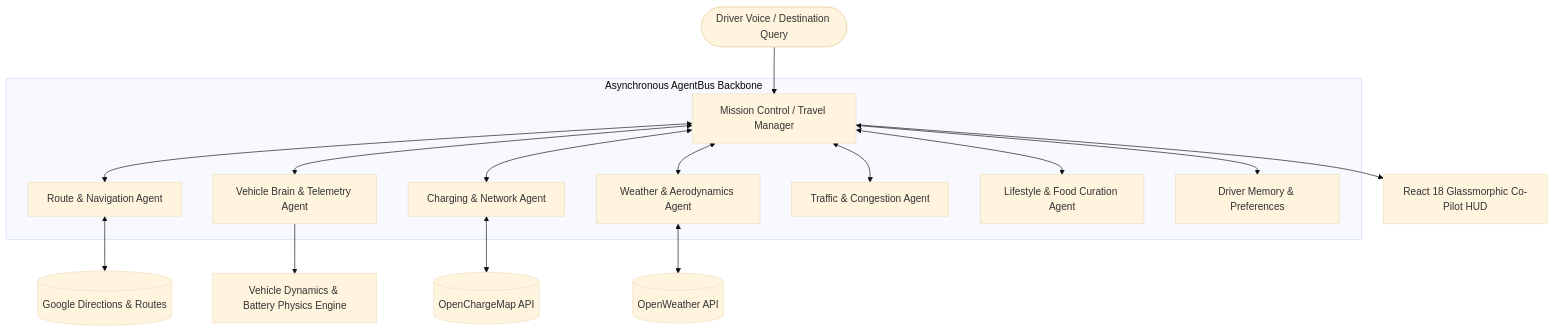
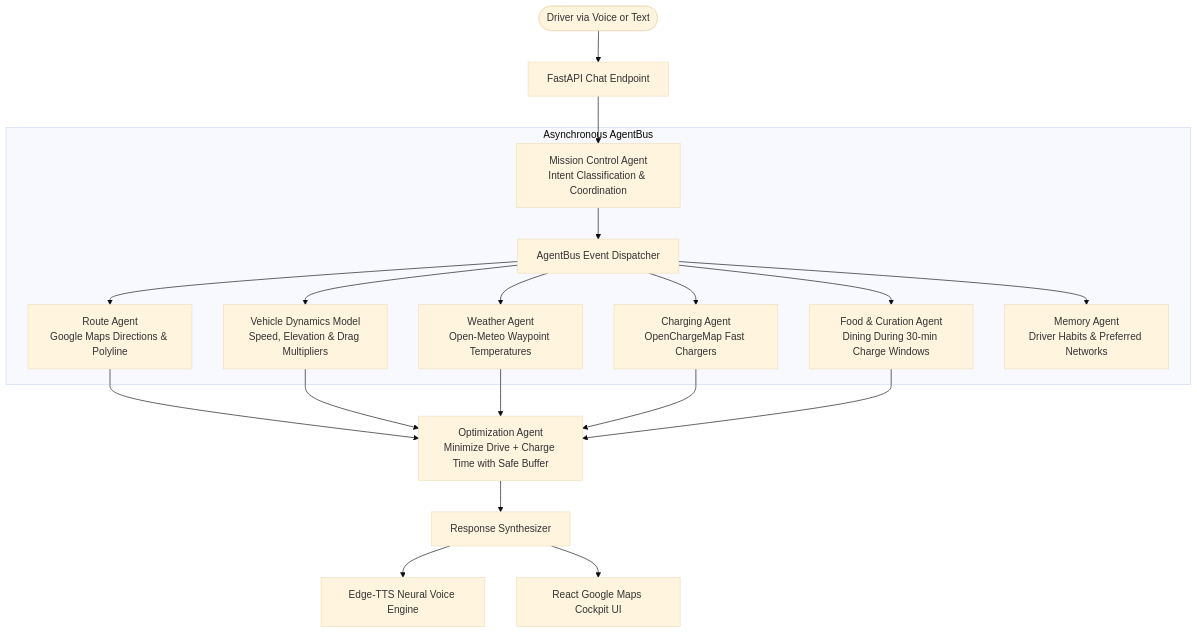
The diagram in README.md (itsgoksz/electric-vehicle-brain), drawn with Mermaid (base theme) before and after one commit. The commit also changed other lines of this file and 1 other file, not shown here.

````diff
--- a/README.md
+++ b/README.md
@@ -57,21 +29,29 @@
 ```mermaid
 flowchart TD
-    User([Driver Voice / Destination Query]) --> MissionControl[Mission Control / Travel Manager]
-
-    subgraph AgentBusSystem [Asynchronous AgentBus Backbone]
-        MissionControl <--> RouteAgent[Route & Navigation Agent]
-        MissionControl <--> VehicleBrain[Vehicle Brain & Telemetry Agent]
-        MissionControl <--> ChargingAgent[Charging & Network Agent]
-        MissionControl <--> WeatherAgent[Weather & Aerodynamics Agent]
-        MissionControl <--> TrafficAgent[Traffic & Congestion Agent]
-        MissionControl <--> FoodAgent[Lifestyle & Food Curation Agent]
-        MissionControl <--> MemoryAgent[Driver Memory & Preferences]
+    User([Driver via Voice or Text]) --> Chat[FastAPI Chat Endpoint]
+    Chat --> MC[Mission Control Agent
+Intent Classification & Coordination]
+    
+    subgraph AgentBusSystem [Asynchronous AgentBus]
+        MC --> Bus[AgentBus Event Dispatcher]
+        
+        Bus --> Route[Route Agent
+Google Maps Directions & Polyline]
+        Bus --> Dynamics[Vehicle Dynamics Model
+Speed, Elevation & Drag Multipliers]
+        Bus --> Weather[Weather Agent
+Open-Meteo Waypoint Temperatures]
+        Bus --> Charging[Charging Agent
+OpenChargeMap Fast Chargers]
+        Bus --> Food[Food & Curation Agent
+Dining During 30-min Charge Windows]
+        Bus --> Memory[Memory Agent
+Driver Habits & Preferred Networks]
     end
 
-    ChargingAgent <--> OpenChargeMap[(OpenChargeMap API)]
-    RouteAgent <--> GoogleMaps[(Google Directions & Routes)]
-    WeatherAgent <--> OpenWeather[(OpenWeather API)]
-    
-    VehicleBrain --> PhysicsModel[Vehicle Dynamics & Battery Physics Engine]
-    MissionControl --> Dashboard[React 18 Glassmorphic Co-Pilot HUD]
+    Route & Dynamics & Weather & Charging & Food --> Opt[Optimization Agent
+Minimize Drive + Charge Time with Safe Buffer]
+    Opt --> Synth[Response Synthesizer]
+    Synth --> Audio[Edge-TTS Neural Voice Engine]
+    Synth --> Frontend[React Google Maps Cockpit UI]
 ```
````
